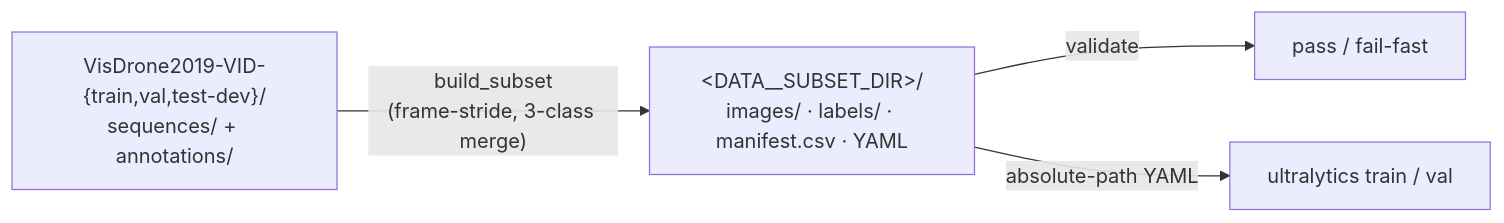
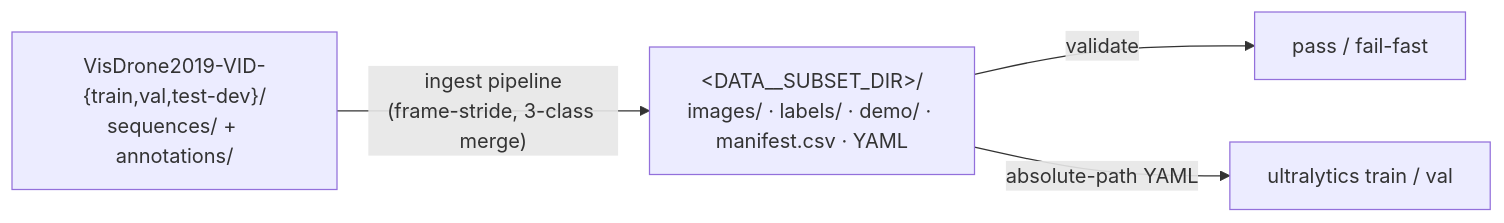
One commit to vtarasv/mlops-cv changed the diagram in docs/data.md. Above: the diagram before and after it, drawn with Mermaid. The commit also changed other lines of this file and 26 other files, not shown here.

Commit message:
feat(pipelines): Beam ingest + dataset-profiling pipelines (replaces build_subset)

````diff
--- a/docs/data.md
+++ b/docs/data.md
@@ -6,7 +6,7 @@
 ```mermaid
 flowchart LR
   raw["VisDrone2019-VID-{train,val,test-dev}/<br/>sequences/ + annotations/"]
-  raw -->|"build_subset<br/>(frame-stride, 3-class merge)"| subset["&lt;DATA__SUBSET_DIR&gt;/<br/>images/ · labels/ · manifest.csv · YAML"]
+  raw -->|"ingest pipeline<br/>(frame-stride, 3-class merge)"| subset["&lt;DATA__SUBSET_DIR&gt;/<br/>images/ · labels/ · demo/ · manifest.csv · YAML"]
   subset -->|validate| gate["pass / fail-fast"]
   subset -->|absolute-path YAML| yolo["ultralytics train / val"]
 ```
````
